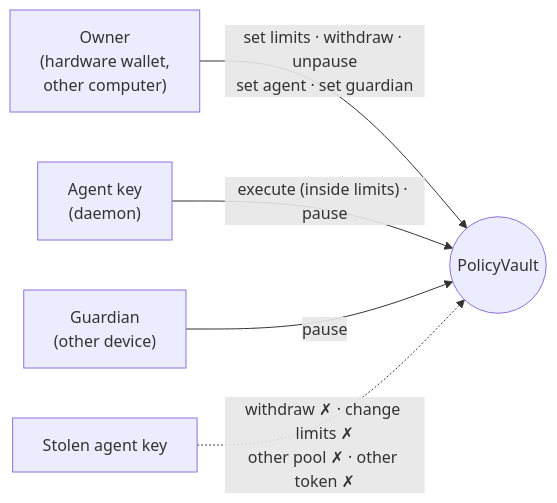
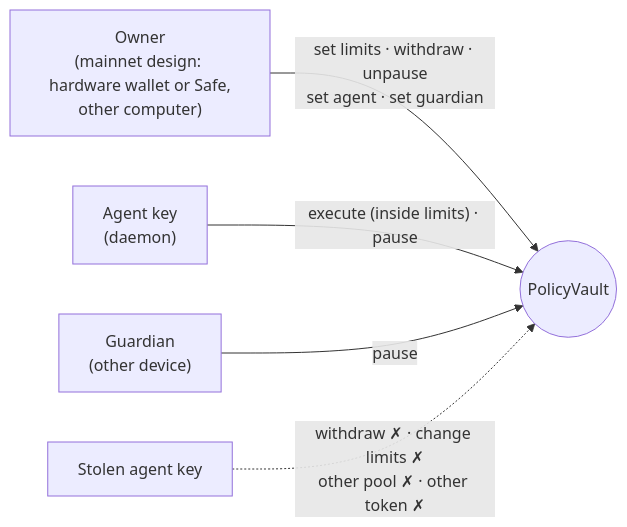
One commit to AceVikings/horizon-hack-flow changed the fourth of 11 diagrams in README.md. Above: the diagram before and after it, drawn with Mermaid. The commit also changed other lines of this file and 1 other file, not shown here.

Commit message:
README and evidence: Flow brand, real test counts, Sourcify links, testnet quickstart, risk assumptions, complete vault-check diagram

````diff
--- a/README.md
+++ b/README.md
@@ -167,11 +184,11 @@
 ```mermaid
 flowchart LR
-    O["Owner<br/>(hardware wallet,<br/>other computer)"]
+    O["Owner<br/>(mainnet design: hardware wallet or Safe,<br/>other computer)"]
     A["Agent key<br/>(daemon)"]
     G["Guardian<br/>(other device)"]
     V(("PolicyVault"))
     O -- "set limits · withdraw · unpause<br/>set agent · set guardian" --> V
     A -- "execute (inside limits) · pause" --> V
     G -- "pause" --> V
     X["Stolen agent key"] -. "withdraw ✗ · change limits ✗<br/>other pool ✗ · other token ✗" .-> V
 ```
````
